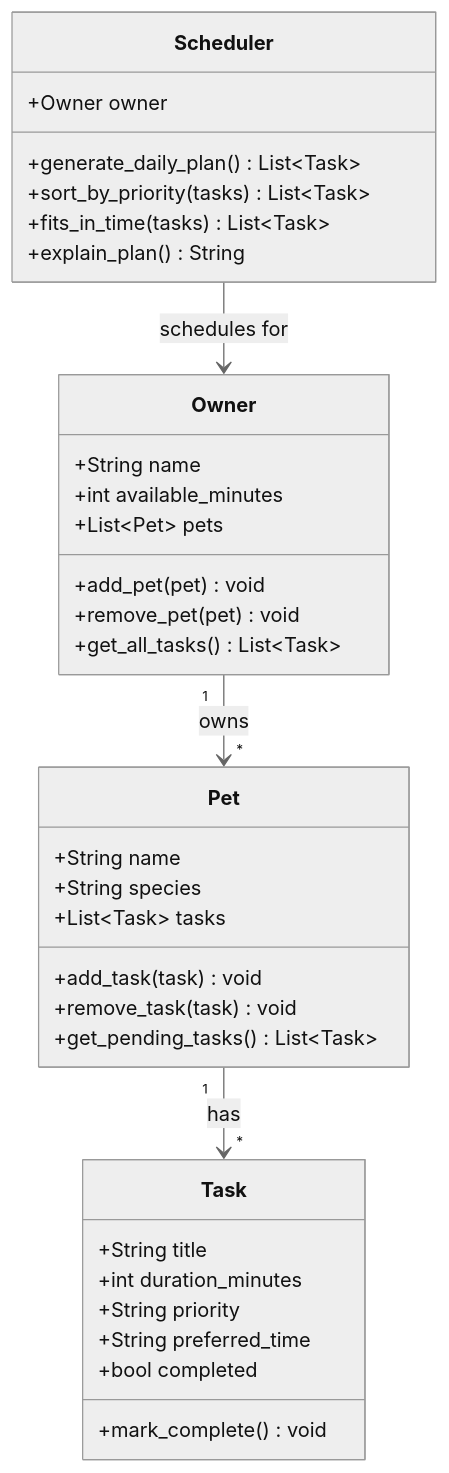
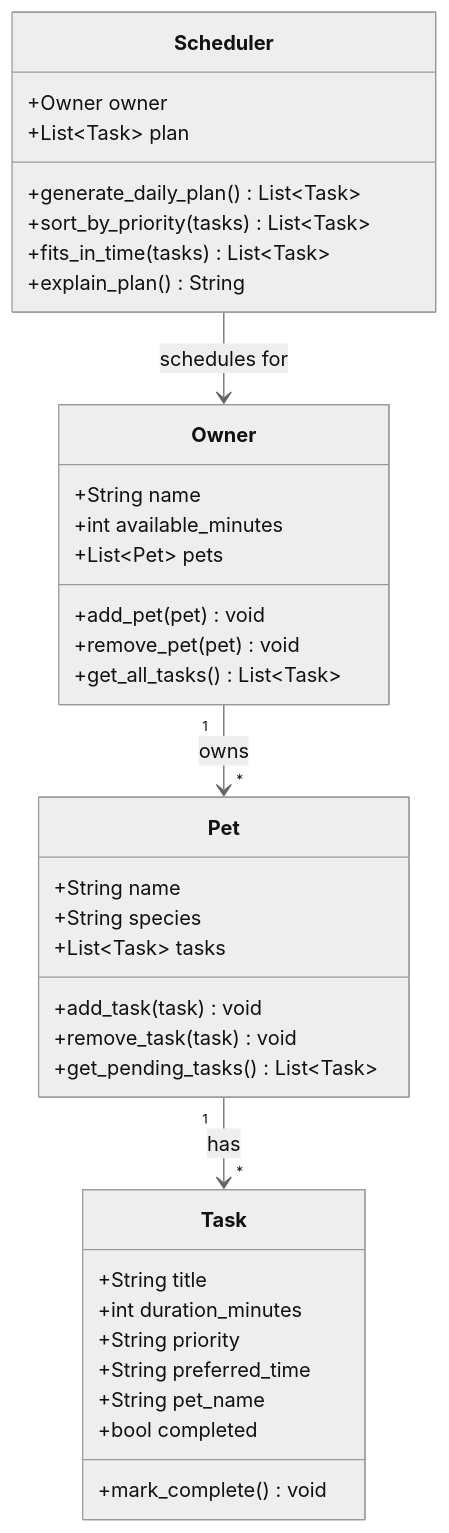
The diagram in diagrams/uml_draft.mmd (haoming-li-ling/ai110-module2show-pawpal-starter), drawn with Mermaid (neutral theme) before and after one commit. The commit also changed 2 other files, not shown here.

Commit message:
Answer reflection 1a/1b; add Scheduler.plan and Task.pet_name

```diff
--- a/diagrams/uml_draft.mmd
+++ b/diagrams/uml_draft.mmd
@@ -1,39 +1,41 @@
 classDiagram
     class Owner {
         +String name
         +int available_minutes
         +List~Pet~ pets
         +add_pet(pet) void
         +remove_pet(pet) void
         +get_all_tasks() List~Task~
     }
 
     class Pet {
         +String name
         +String species
         +List~Task~ tasks
         +add_task(task) void
         +remove_task(task) void
         +get_pending_tasks() List~Task~
     }
 
     class Task {
         +String title
         +int duration_minutes
         +String priority
         +String preferred_time
+        +String pet_name
         +bool completed
         +mark_complete() void
     }
 
     class Scheduler {
         +Owner owner
+        +List~Task~ plan
         +generate_daily_plan() List~Task~
         +sort_by_priority(tasks) List~Task~
         +fits_in_time(tasks) List~Task~
         +explain_plan() String
     }
 
     Owner "1" --> "*" Pet : owns
     Pet "1" --> "*" Task : has
     Scheduler --> Owner : schedules for
```
